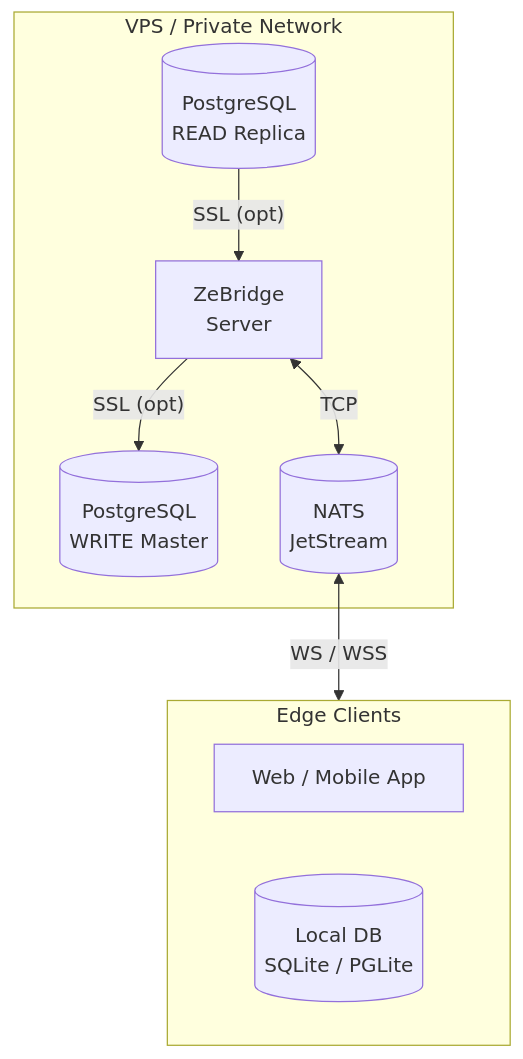
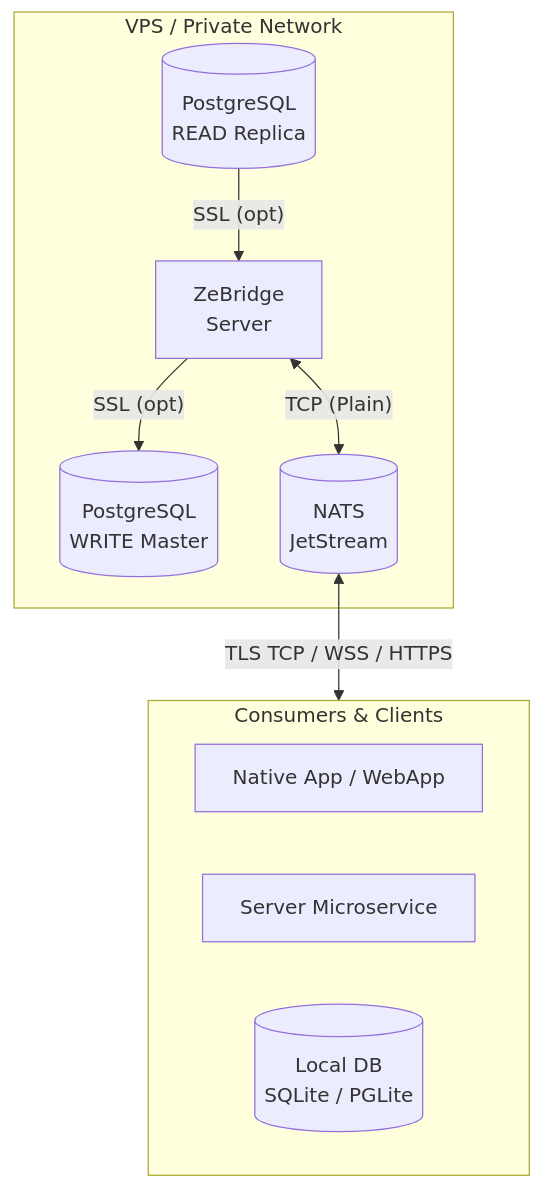
One commit to ndrean/ZeBridge changed the first of 2 diagrams in README.md. Above: the diagram before and after it, drawn with Mermaid.

Commit message:
docs: update Mermaid diagram to include TLS TCP and HTTPS connection protocols

````diff
--- a/README.md
+++ b/README.md
@@ -14,20 +14,21 @@
 ```mermaid
 flowchart TD
     subgraph VPS["VPS / Private Network"]
         PG_W[("PostgreSQL<br>WRITE Master")]
         PG_R[("PostgreSQL<br>READ Replica")]
         Bridge["ZeBridge<br>Server"]
         NATS[("NATS<br>JetStream")]
 
         PG_R -- "SSL (opt)" --> Bridge
         Bridge -- "SSL (opt)" --> PG_W
-        Bridge <--> |"TCP"| NATS
+        Bridge <--> |"TCP (Plain)"| NATS
     end
 
-    NATS <--> |"WS / WSS"| Consumers
+    NATS <--> |"TLS TCP / WSS / HTTPS"| Consumers
 
-    subgraph Consumers["Edge Clients"]
-        App["Web / Mobile App"]
+    subgraph Consumers["Consumers & Clients"]
+        App["Native App / WebApp"]
+        Server_Worker["Server Microservice"]
         Local_DB[("Local DB<br>SQLite / PGLite")]
     end
 ```
````
